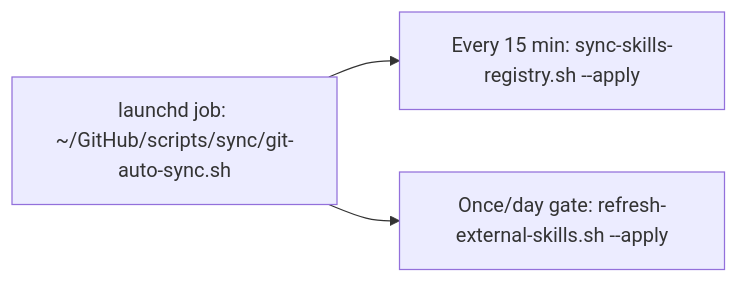
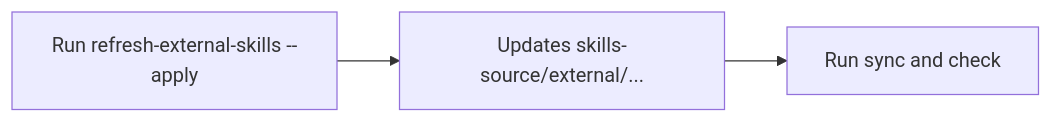
One commit to wisdom-in-a-nutshell/.agents changed the fourth of 4 diagrams in docs/references/skills-registry.md. Above: the diagram before and after it, drawn with Mermaid. The commit also changed other lines of this file, not shown here.

````diff
--- a/docs/references/skills-registry.md
+++ b/docs/references/skills-registry.md
@@ -87,5 +50,5 @@
 ```mermaid
 flowchart LR
-    A["launchd job: ~/GitHub/scripts/sync/git-auto-sync.sh"] --> B["Every 15 min: sync-skills-registry.sh --apply"]
-    A --> C["Once/day gate: refresh-external-skills.sh --apply"]
+    A[Run refresh-external-skills --apply] --> B[Updates skills-source/external/...]
+    B --> C[Run sync and check]
 ```
````
